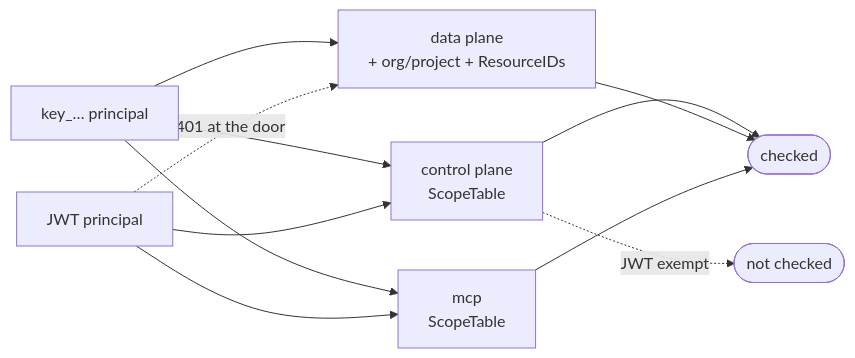
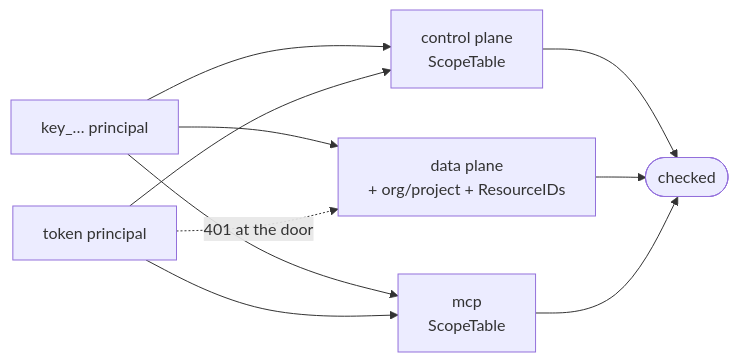
The diagram in docs/scopes/README.md (altalune-id/yasaku), drawn with Mermaid before and after one commit. The commit also changed other lines of this file and 132 other files, not shown here.

````diff
--- a/docs/scopes/README.md
+++ b/docs/scopes/README.md
@@ -35,10 +36,9 @@
 ```mermaid
 flowchart LR
   K["key_… principal"] --> CP & DP & MCP
-  J["JWT principal"] --> CP & MCP
+  J["token principal"] --> CP & MCP
   J -. "401 at the door" .-> DP
   CP["control plane<br/>ScopeTable"] --> OK([checked])
   DP["data plane<br/>+ org/project + ResourceIDs"] --> OK
   MCP["mcp<br/>ScopeTable"] --> OK
-  CP -. "JWT exempt" .-> SKIP([not checked])
 ```
````
